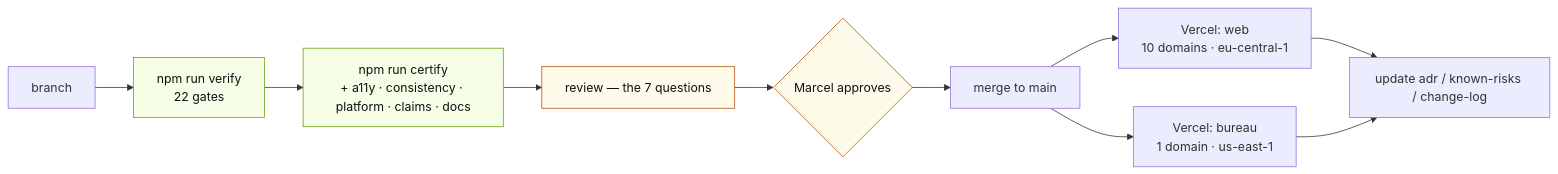
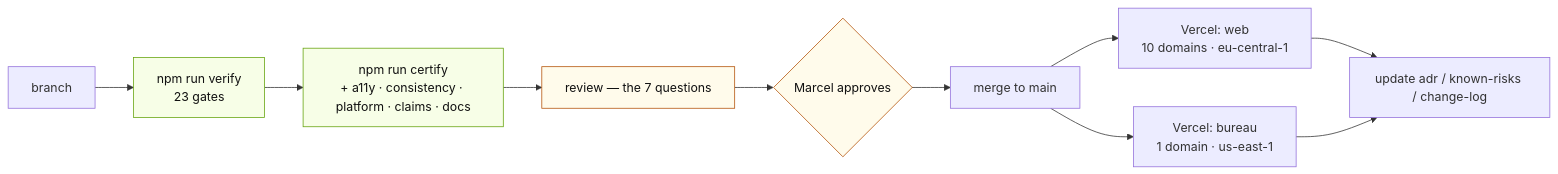
Before and after one commit to buddy1974/maxpromo.digital: the eighth of 10 diagrams in docs/architecture/diagrams.md, drawn with Mermaid. The commit also changed 20 other files, not shown here.

````diff
--- a/docs/architecture/diagrams.md
+++ b/docs/architecture/diagrams.md
@@ -276,19 +276,19 @@
 ```mermaid
 flowchart LR
-  BR["branch"] --> V["npm run verify<br/>22 gates"]
+  BR["branch"] --> V["npm run verify<br/>23 gates"]
   V --> C["npm run certify<br/>+ a11y · consistency · platform · claims · docs"]
   C --> REV["review — the 7 questions"]
   REV --> APP{"Marcel approves"}
   APP --> MERGE["merge to main"]
 
   MERGE --> VW["Vercel: web<br/>10 domains · eu-central-1"]
   MERGE --> VB["Vercel: bureau<br/>1 domain · us-east-1"]
 
   VW --> DOC["update adr / known-risks / change-log"]
   VB --> DOC
 
   classDef gate fill:#F7FEE7,stroke:#65A30D,color:#111111
   classDef human fill:#FFFBEB,stroke:#B45309,color:#111111
   class V,C gate
   class REV,APP human
 ```
````
